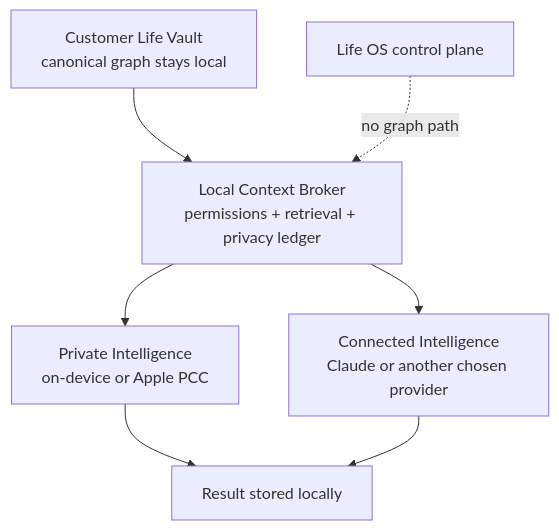
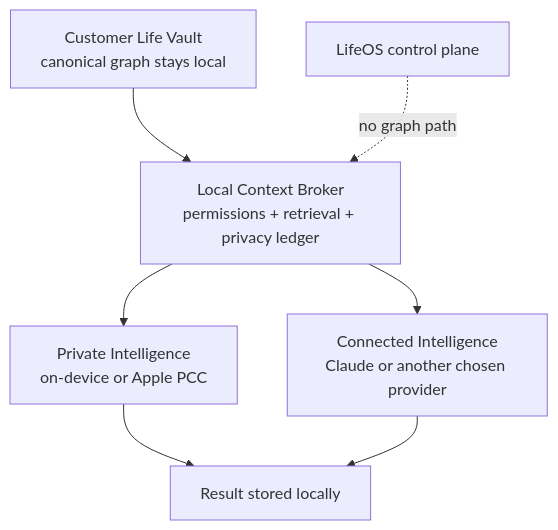
Before and after one commit to josephdfryer/life-os: the second of 2 diagrams in docs/LIFE_OS_ECOSYSTEM_STRATEGY.md, drawn with Mermaid. The commit also changed other lines of this file and 72 other files, not shown here.

````diff
--- a/docs/LIFE_OS_ECOSYSTEM_STRATEGY.md
+++ b/docs/LIFE_OS_ECOSYSTEM_STRATEGY.md
@@ -120,9 +120,9 @@
 ```mermaid
 flowchart TD
   Vault["Customer Life Vault\ncanonical graph stays local"] --> Broker["Local Context Broker\npermissions + retrieval + privacy ledger"]
   Broker --> Private["Private Intelligence\non-device or Apple PCC"]
   Broker --> Connected["Connected Intelligence\nClaude or another chosen provider"]
   Private --> LocalResult["Result stored locally"]
   Connected --> LocalResult
-  Company["Life OS control plane"] -. "no graph path" .-> Broker
+  Company["LifeOS control plane"] -. "no graph path" .-> Broker
 ```
````
